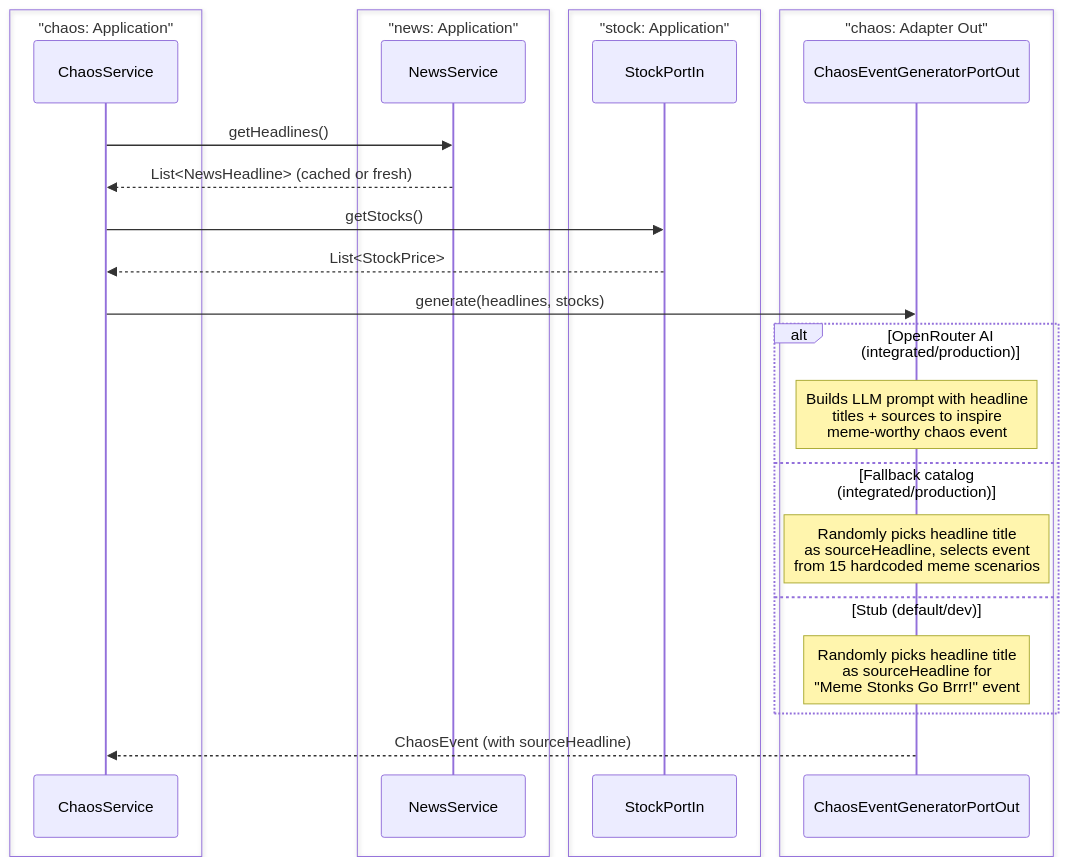
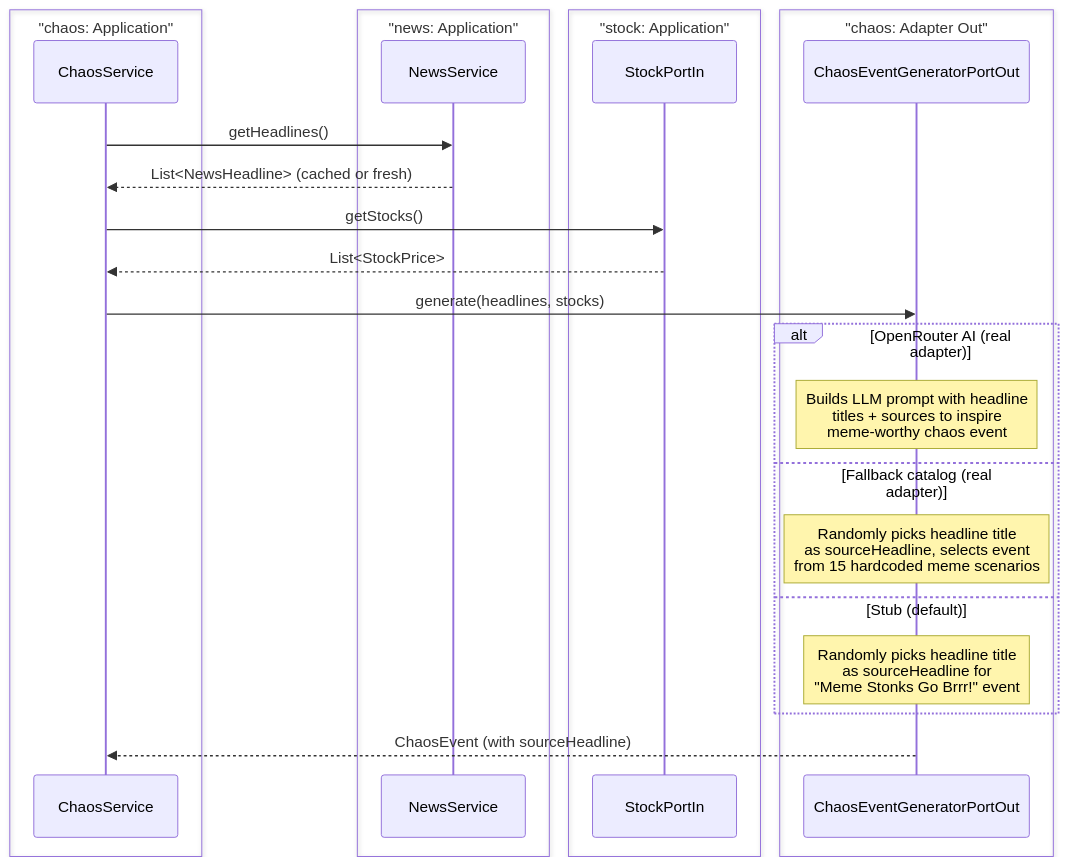
Before and after one commit to franBec/stonks-simulator: diagram 22 of 22 in stonks_java/README.md, drawn with Mermaid. The commit also changed other lines of this file and 27 other files, not shown here.

````diff
--- a/stonks_java/README.md
+++ b/stonks_java/README.md
@@ -1029,33 +1033,33 @@
 ```mermaid
 sequenceDiagram
     box "chaos: Application"
     participant CS2 as ChaosService
     end
     box "news: Application"
     participant NS2 as NewsService
     end
     box "stock: Application"
     participant SI as StockPortIn
     end
     box "chaos: Adapter Out"
     participant CEG as ChaosEventGeneratorPortOut
     end
 
     CS2->>NS2: getHeadlines()
     NS2-->>CS2: List<NewsHeadline> (cached or fresh)
 
     CS2->>SI: getStocks()
     SI-->>CS2: List<StockPrice>
 
     CS2->>CEG: generate(headlines, stocks)
 
-    alt OpenRouter AI (integrated/production)
+    alt OpenRouter AI (real adapter)
         Note over CEG: Builds LLM prompt with headline<br/>titles + sources to inspire<br/>meme-worthy chaos event
-    else Fallback catalog (integrated/production)
+    else Fallback catalog (real adapter)
         Note over CEG: Randomly picks headline title<br/>as sourceHeadline, selects event<br/>from 15 hardcoded meme scenarios
-    else Stub (default/dev)
+    else Stub (default)
         Note over CEG: Randomly picks headline title<br/>as sourceHeadline for<br/>"Meme Stonks Go Brrr!" event
     end
 
     CEG-->>CS2: ChaosEvent (with sourceHeadline)
 ```
````
